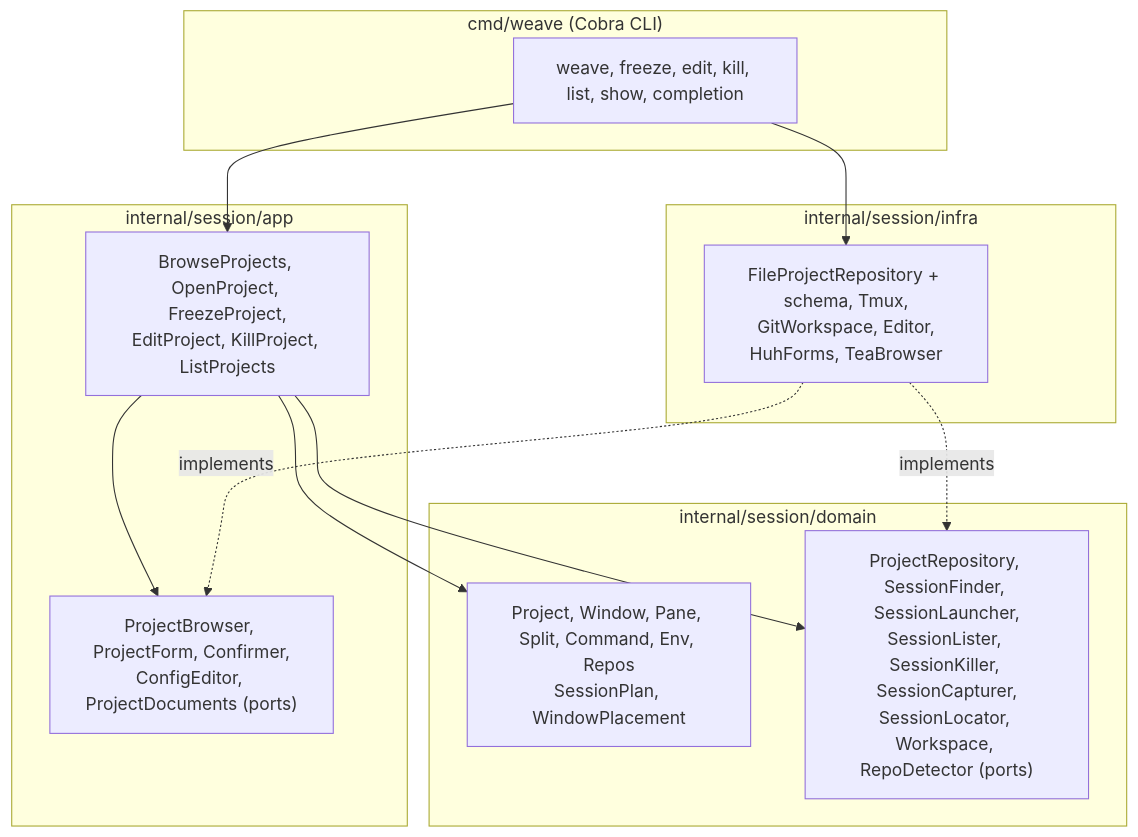
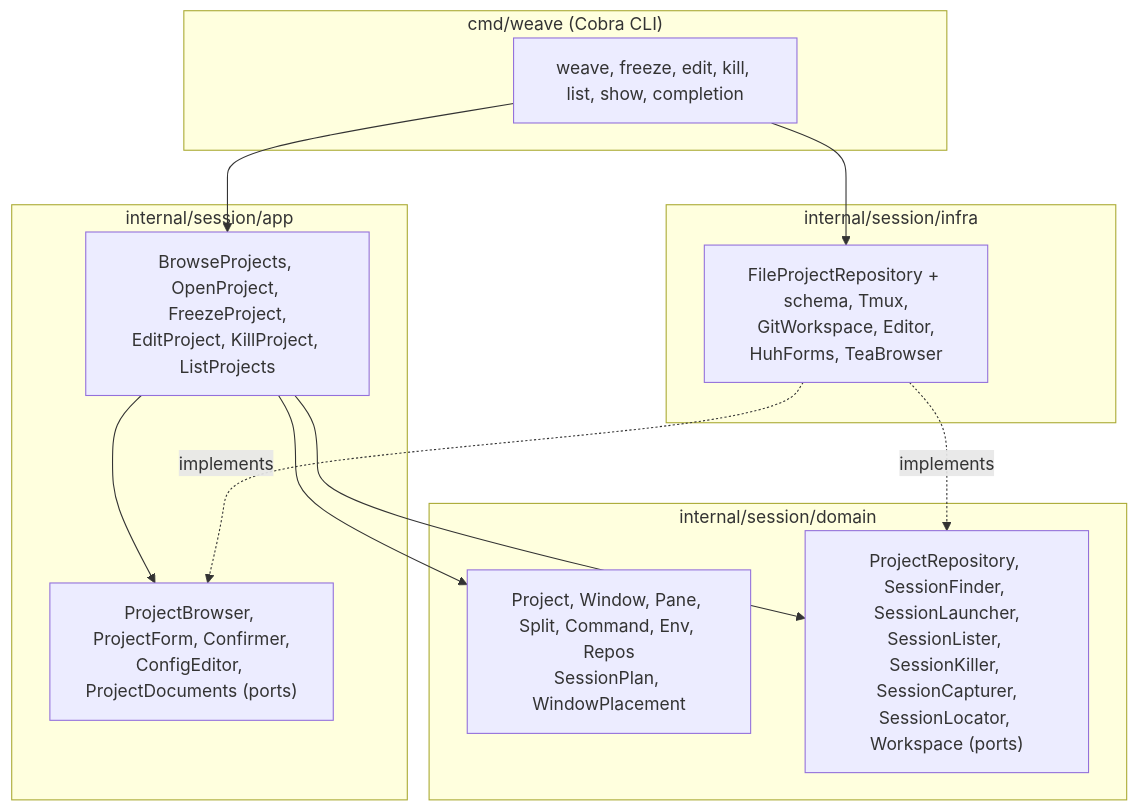
The diagram in README.md (medilies/weaver), drawn with Mermaid before and after one commit. The commit also changed other lines of this file and 12 other files, not shown here.

First line of the commit message:
feat(session): drop git working-tree status and repo auto-detection

````diff
--- a/README.md
+++ b/README.md
@@ -206,25 +205,25 @@
 ```mermaid
 graph TD
     subgraph cmd["cmd/weave (Cobra CLI)"]
         CLI["weave, freeze, edit, kill, list, show, completion"]
     end
     subgraph app["internal/session/app"]
         UC["BrowseProjects, OpenProject, FreezeProject,<br/>EditProject, KillProject, ListProjects"]
         AP["ProjectBrowser, ProjectForm, Confirmer,<br/>ConfigEditor, ProjectDocuments (ports)"]
     end
     subgraph domain["internal/session/domain"]
         M["Project, Window, Pane, Split, Command, Env, Repos<br/>SessionPlan, WindowPlacement"]
-        DP["ProjectRepository, SessionFinder, SessionLauncher,<br/>SessionLister, SessionKiller, SessionCapturer,<br/>SessionLocator, Workspace, RepoDetector (ports)"]
+        DP["ProjectRepository, SessionFinder, SessionLauncher,<br/>SessionLister, SessionKiller, SessionCapturer,<br/>SessionLocator, Workspace (ports)"]
     end
     subgraph infra["internal/session/infra"]
         A["FileProjectRepository + schema, Tmux,<br/>GitWorkspace, Editor,<br/>HuhForms, TeaBrowser"]
     end
 
     CLI --> UC
     CLI --> A
     UC --> M
     UC --> DP
     UC --> AP
     A -.implements.-> DP
     A -.implements.-> AP
 ```
````
